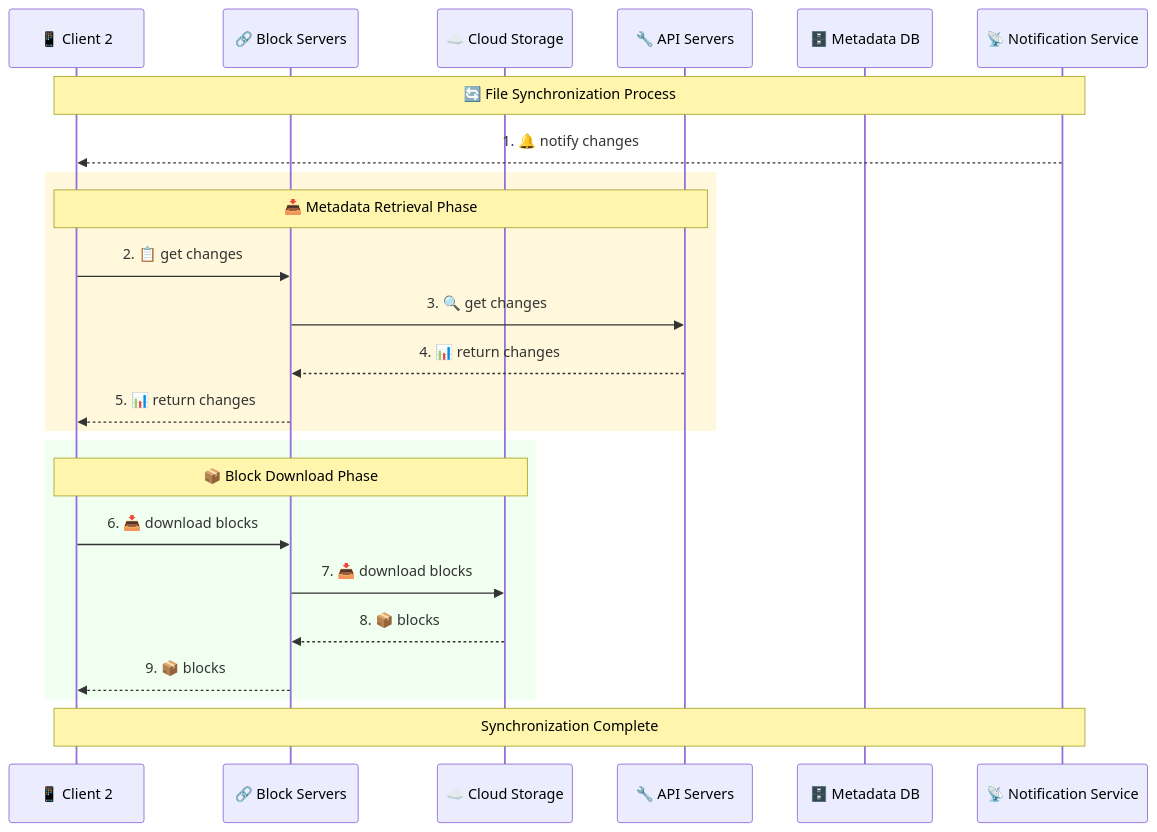
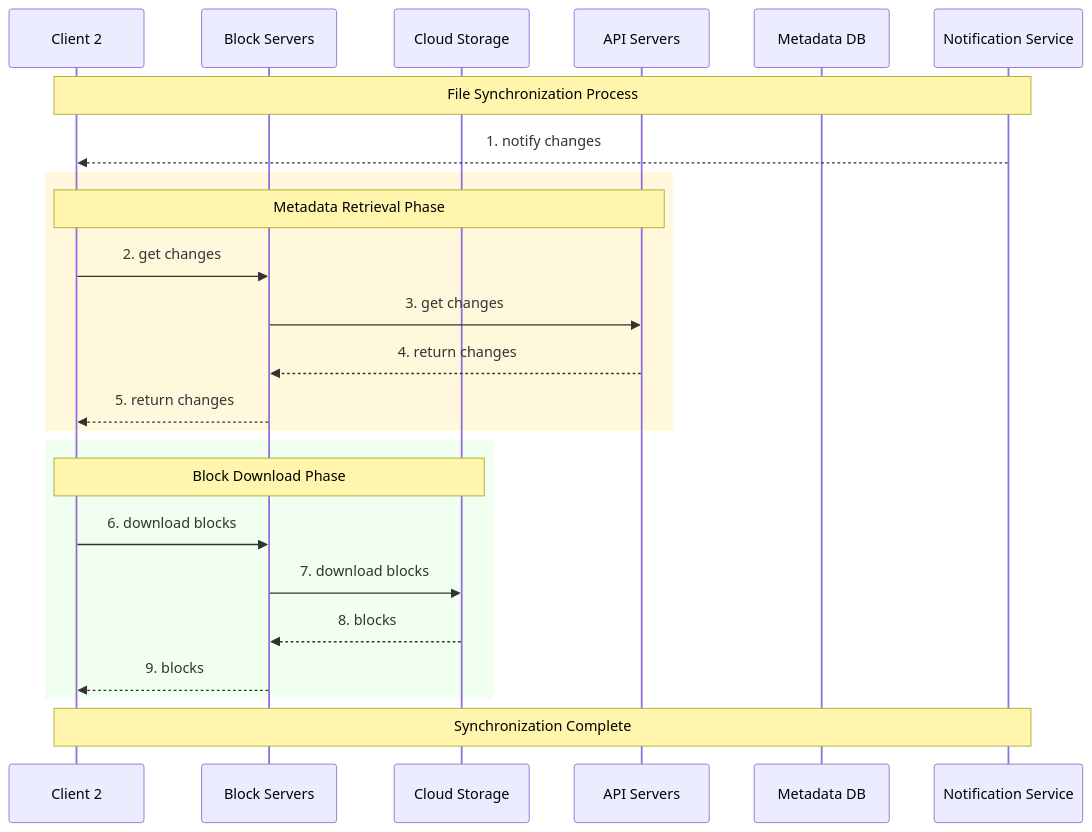
The sixth of 6 diagrams in 13.GoogleDrive.md (NalinDalal/system-design), drawn with Mermaid before and after one commit. The commit also changed other lines of this file, not shown here.

Commit message:
google drive or cloud storage

````diff
--- a/13.GoogleDrive.md
+++ b/13.GoogleDrive.md
@@ -456,31 +456,31 @@
 ```mermaid
 sequenceDiagram
-    participant C2 as 📱 Client 2
-    participant BS as 🔗 Block Servers
-    participant CS as ☁️ Cloud Storage
-    participant API as 🔧 API Servers
-    participant DB as 🗄️ Metadata DB
-    participant NS as 📡 Notification Service
+    participant C2 as  Client 2
+    participant BS as  Block Servers
+    participant CS as  Cloud Storage
+    participant API as  API Servers
+    participant DB as  Metadata DB
+    participant NS as  Notification Service
 
-    Note over C2,NS: 🔄 File Synchronization Process
+    Note over C2,NS:  File Synchronization Process
 
-    NS-->>C2: 1. 🔔 notify changes
+    NS-->>C2: 1.  notify changes
 
     rect rgb(255, 248, 220)
-        Note over C2,API: 📥 Metadata Retrieval Phase
-        C2->>BS: 2. 📋 get changes
-        BS->>API: 3. 🔍 get changes
-        API-->>BS: 4. 📊 return changes
-        BS-->>C2: 5. 📊 return changes
+        Note over C2,API:  Metadata Retrieval Phase
+        C2->>BS: 2.  get changes
+        BS->>API: 3.  get changes
+        API-->>BS: 4.  return changes
+        BS-->>C2: 5.  return changes
     end
 
     rect rgb(240, 255, 240)
-        Note over C2,CS: 📦 Block Download Phase
-        C2->>BS: 6. 📥 download blocks
-        BS->>CS: 7. 📥 download blocks
-        CS-->>BS: 8. 📦 blocks
-        BS-->>C2: 9. 📦 blocks
+        Note over C2,CS:  Block Download Phase
+        C2->>BS: 6.  download blocks
+        BS->>CS: 7.  download blocks
+        CS-->>BS: 8.  blocks
+        BS-->>C2: 9.  blocks
     end
 
     Note over C2,NS:  Synchronization Complete
 ```
````
